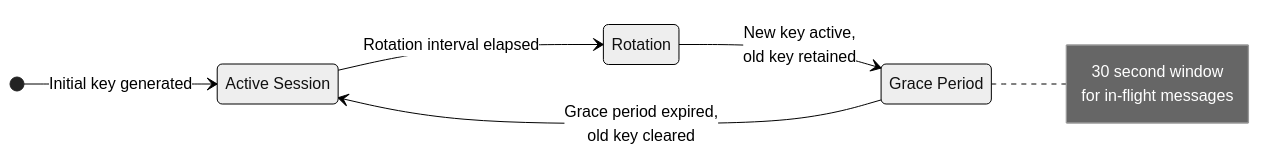
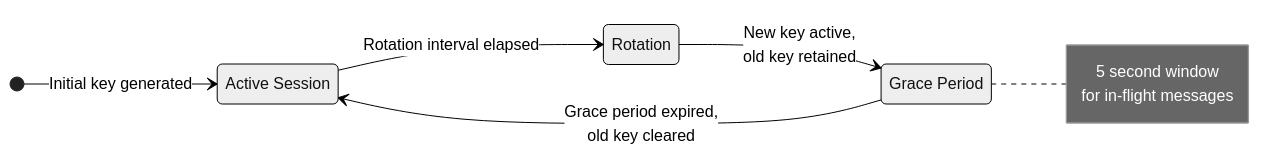
Before and after one commit to johnhenry/clawser: the first of 7 diagrams in docs/browsermesh/specs/operations/operations.md, drawn with Mermaid (neutral theme). The commit also changed other lines of this file and 192 other files, not shown here.

````diff
--- a/docs/browsermesh/specs/operations/operations.md
+++ b/docs/browsermesh/specs/operations/operations.md
@@ -13,19 +13,19 @@
 ```mermaid
 stateDiagram-v2
     direction LR
 
     state "Active Session" as Active
     state "Rotation" as Rotate
     state "Grace Period" as Grace
 
     [*] --> Active: Initial key generated
 
     Active --> Rotate: Rotation interval elapsed
     Rotate --> Grace: New key active,<br/>old key retained
     Grace --> Active: Grace period expired,<br/>old key cleared
 
     note right of Grace
-        30 second window
+        5 second window
         for in-flight messages
     end note
 ```
````
